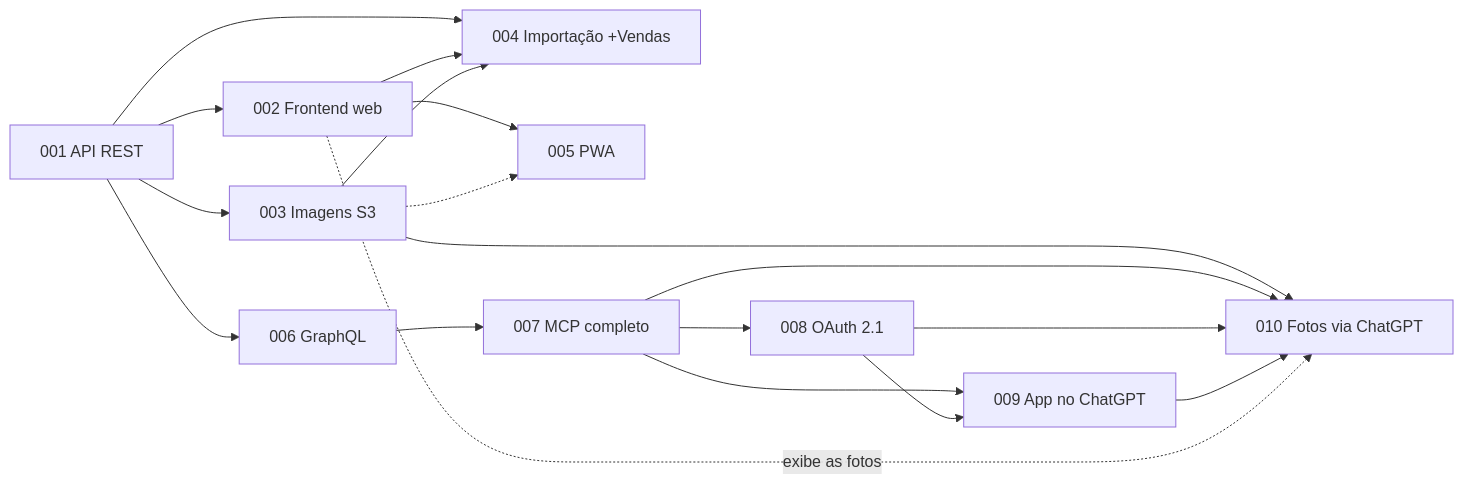
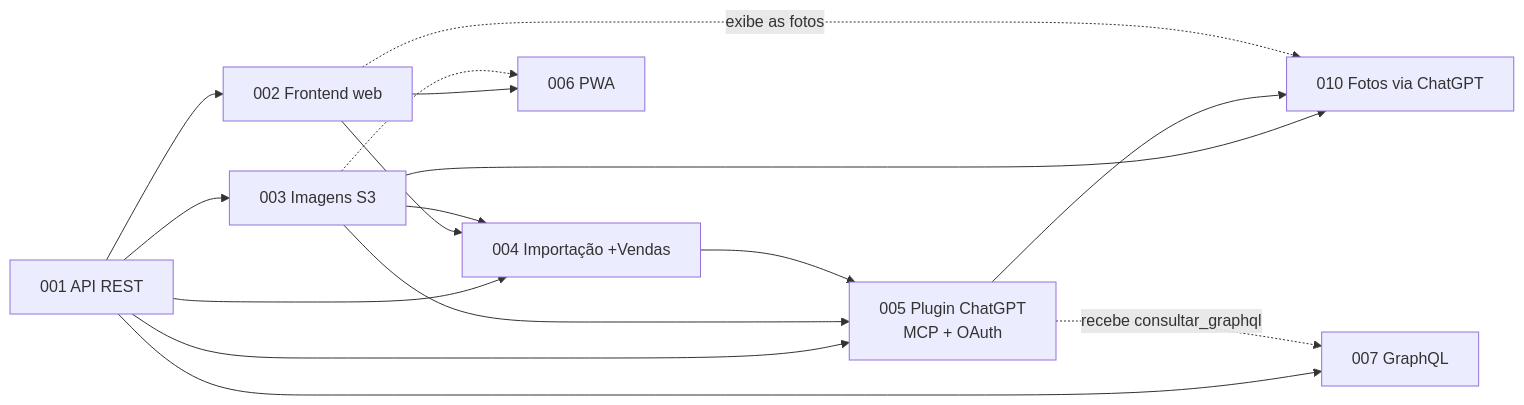
Before and after one commit to landim32/ambrosia: the diagram in docs/README.md, drawn with Mermaid. The commit also changed other lines of this file and 11 other files, not shown here.

First line of the commit message:
docs: HU 005 vira o plugin do Ambrosio no ChatGPT (MCP + OAuth)

````diff
--- a/docs/README.md
+++ b/docs/README.md
@@ -56,31 +56,27 @@
 ```mermaid
 graph LR
     H001[001 API REST]
     H002[002 Frontend web]
     H003[003 Imagens S3]
     H004[004 Importação +Vendas]
-    H005[005 PWA]
-    H006[006 GraphQL]
-    H007[007 MCP completo]
-    H008[008 OAuth 2.1]
-    H009[009 App no ChatGPT]
+    H005[005 Plugin ChatGPT<br/>MCP + OAuth]
+    H006[006 PWA]
+    H007[007 GraphQL]
     H010[010 Fotos via ChatGPT]
 
     H001 --> H002
     H001 --> H003
     H001 --> H004
     H002 --> H004
     H003 --> H004
-    H001 --> H006
-    H002 --> H005
-    H003 -.-> H005
-    H006 --> H007
-    H007 --> H008
-    H007 --> H009
-    H008 --> H009
+    H001 --> H005
+    H003 --> H005
+    H004 --> H005
+    H002 --> H006
+    H003 -.-> H006
+    H001 --> H007
+    H005 -.->|recebe consultar_graphql| H007
     H003 --> H010
-    H007 --> H010
-    H008 --> H010
-    H009 --> H010
+    H005 --> H010
     H002 -.->|exibe as fotos| H010
 ```
````
